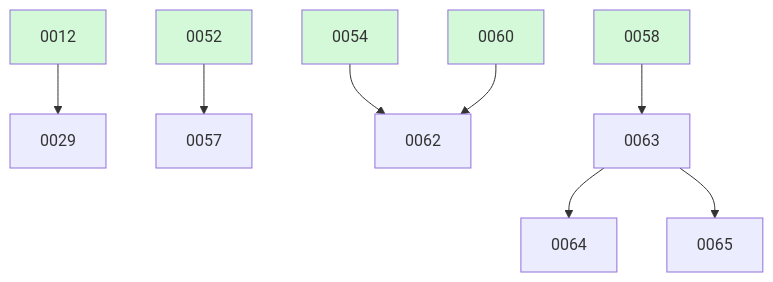
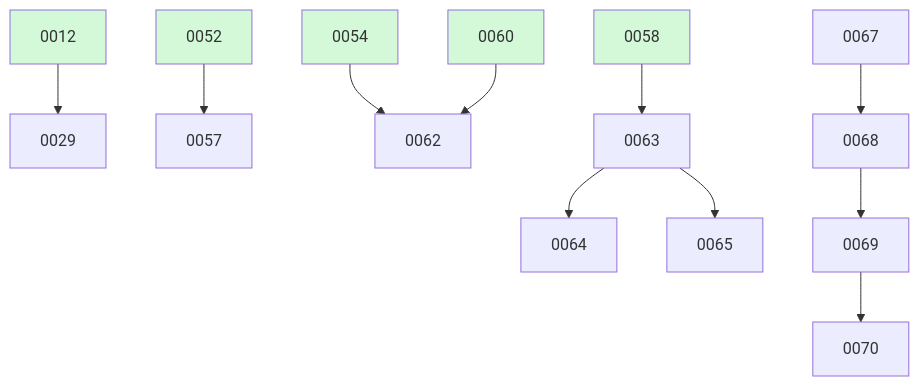
Before and after one commit to ethanhinson/fuse: the diagram in docs/changes/BOARD.md, drawn with Mermaid. The commit also changed other lines of this file, not shown here.

````diff
--- a/docs/changes/BOARD.md
+++ b/docs/changes/BOARD.md
@@ -21,16 +25,20 @@
 ```mermaid
 graph TD
   0012 --> 0029
   0052 --> 0057
   0054 --> 0062
   0060 --> 0062
   0058 --> 0063
   0063 --> 0064
   0063 --> 0065
+  0067
+  0067 --> 0068
+  0068 --> 0069
+  0069 --> 0070
   0012:::done
   0052:::done
   0054:::done
   0058:::done
   0060:::done
   classDef done fill:#d3f9d8;
 ```
````
